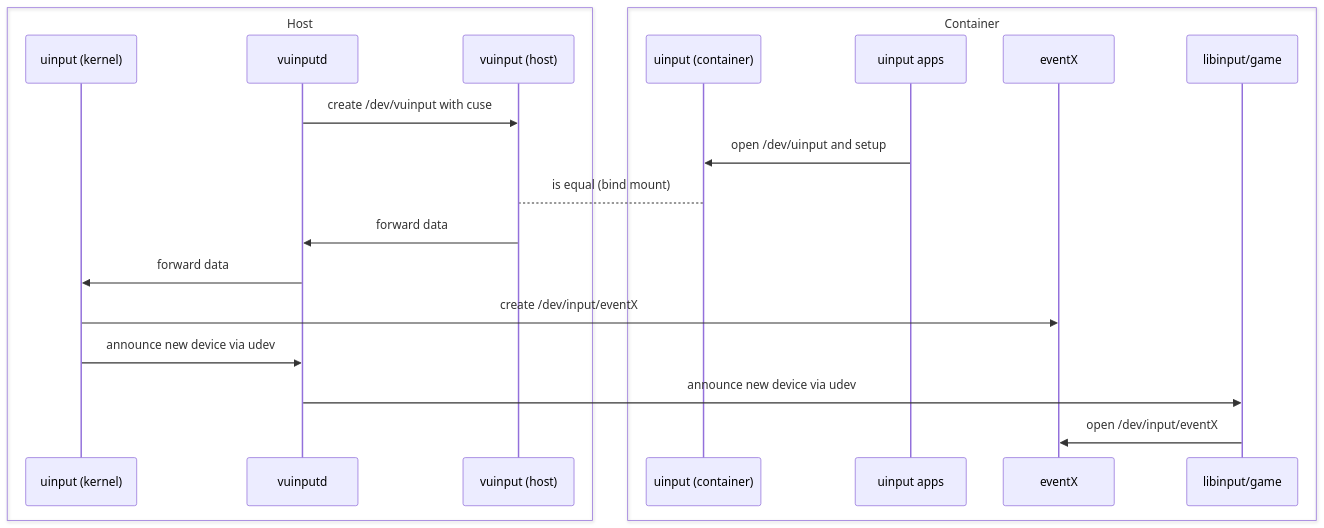
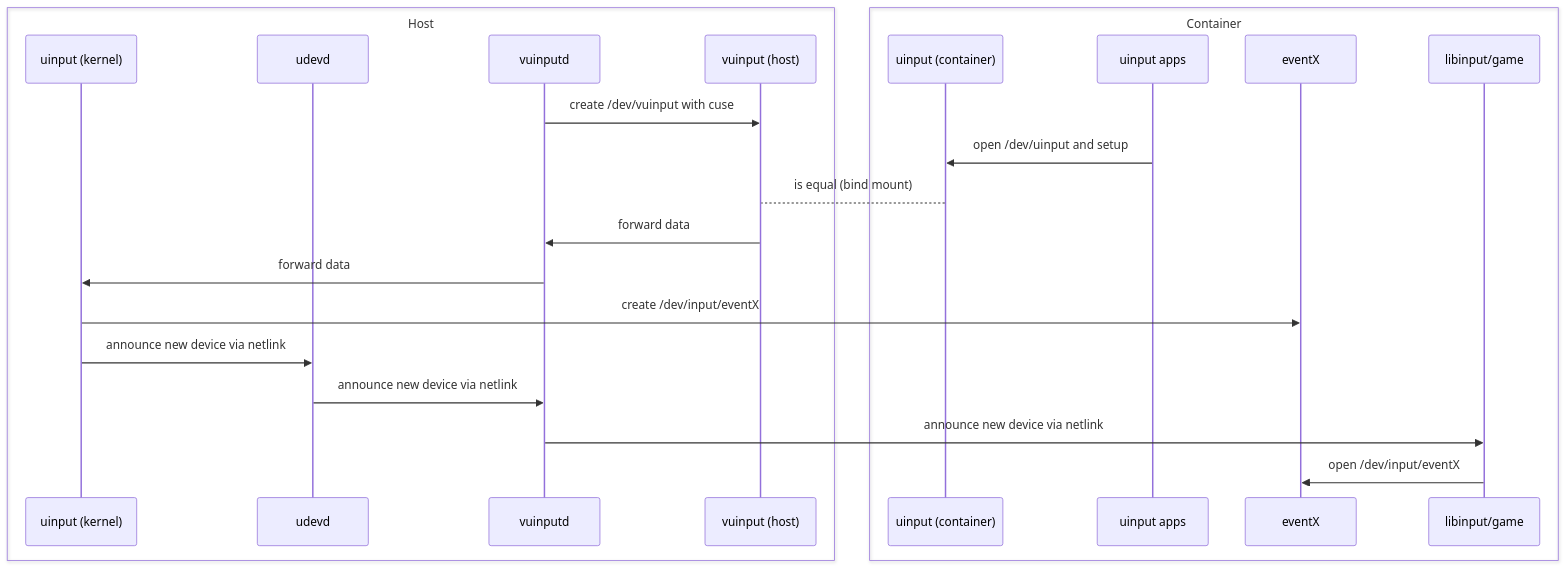
One commit to joleuger/vuinputd changed the second of 2 diagrams in docs/DESIGN.md. Above: the diagram before and after it, drawn with Mermaid. The commit also changed other lines of this file and 1 other file, not shown here.

````diff
--- a/docs/DESIGN.md
+++ b/docs/DESIGN.md
@@ -29,26 +29,28 @@
 ```mermaid
 
 sequenceDiagram
 box transparent Host
 participant uinput (kernel)
+participant udevd
 participant vuinputd
 participant vuinput (host)
 end
 
 box transparent Container
 participant uinput (container)
 participant uinput apps
 participant eventX
 participant libinput/game
 end
 
 vuinputd->>vuinput (host): create /dev/vuinput with cuse
 uinput apps->>uinput (container): open /dev/uinput and setup
 uinput (container)-->vuinput (host): is equal (bind mount)
 vuinput (host)->>vuinputd: forward data
 vuinputd->>uinput (kernel): forward data
 uinput (kernel)->>eventX: create /dev/input/eventX
-uinput (kernel)->>vuinputd: announce new device via udev
-vuinputd->>libinput/game: announce new device via udev
+uinput (kernel)->>udevd: announce new device via netlink
+udevd->>vuinputd: announce new device via netlink
+vuinputd->>libinput/game: announce new device via netlink
 libinput/game->>eventX: open /dev/input/eventX
 ```
````
